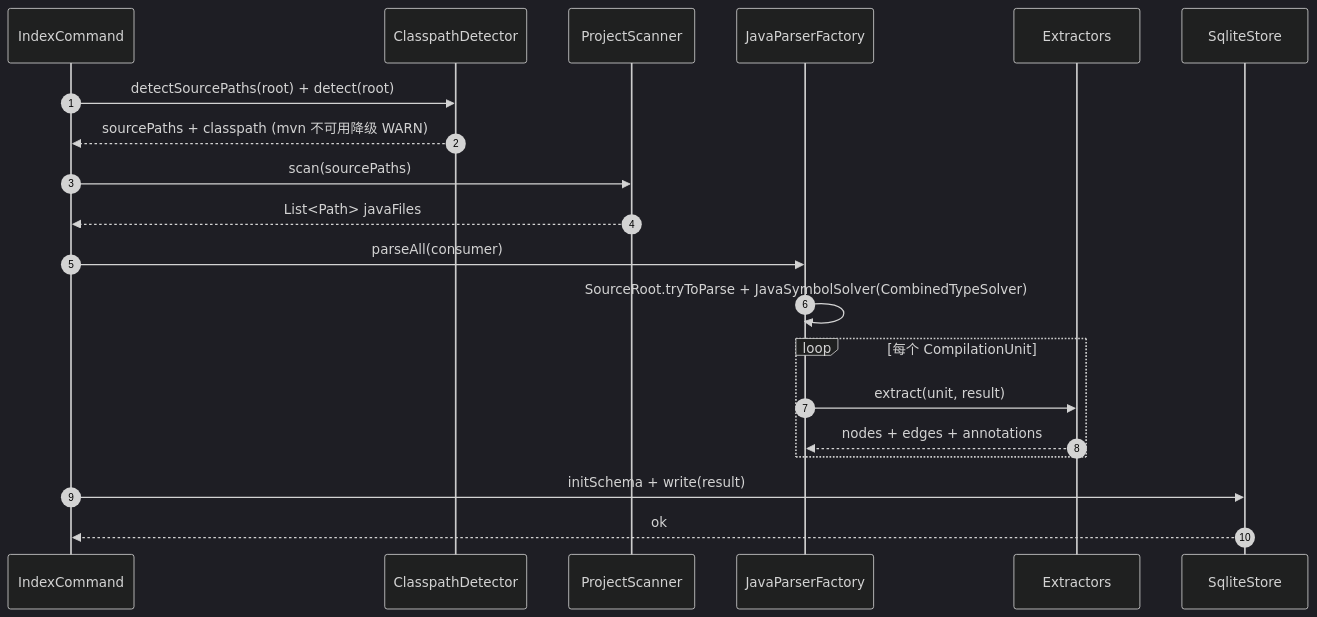
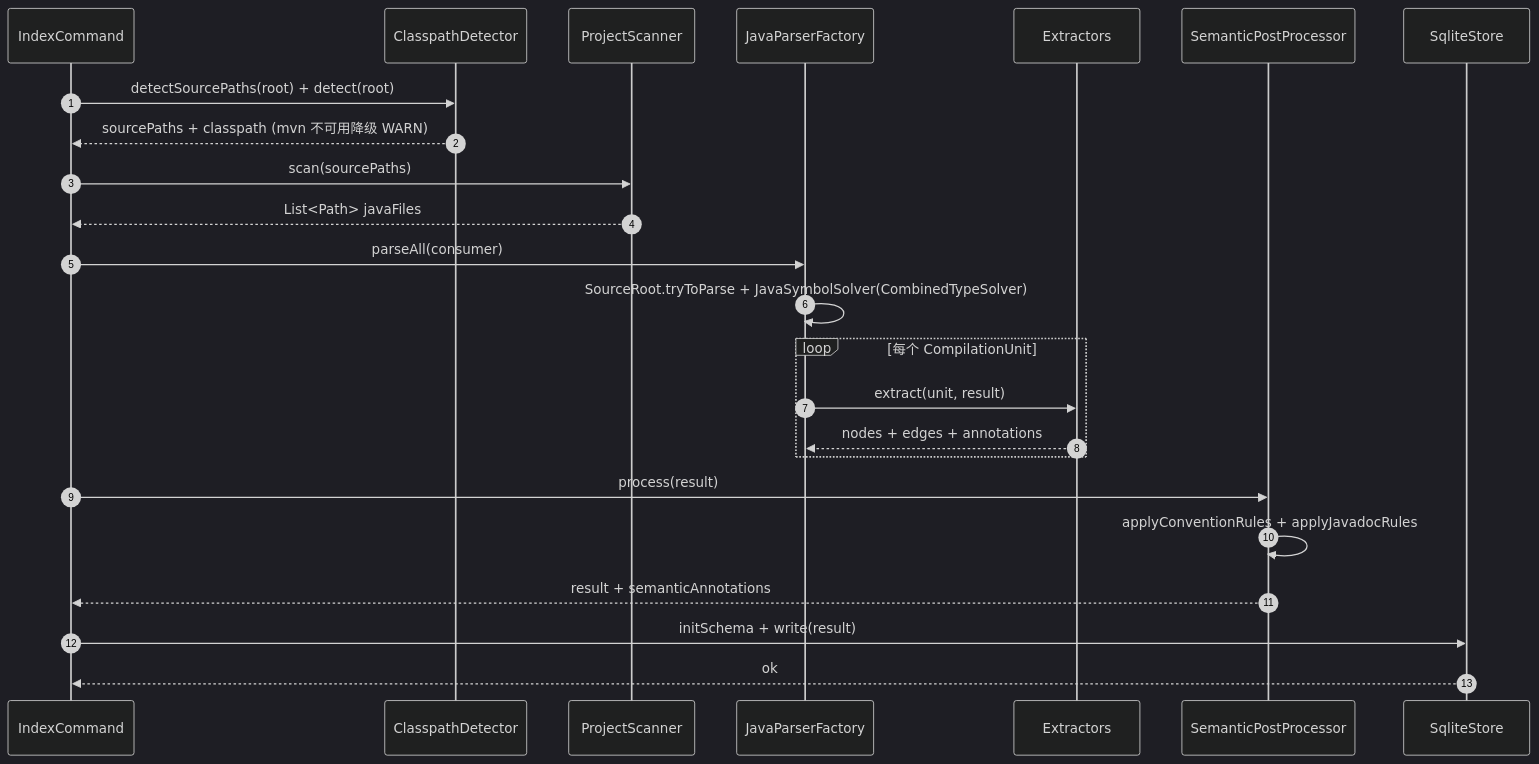
One commit to stream-iori/anatomist changed the second of 5 diagrams in .diorama/knowledge/facts/domain-model.md. Above: the diagram before and after it, drawn with Mermaid (dark theme). The commit also changed other lines of this file and 2 other files, not shown here.

First line of the commit message:
diorama(consolidate): finish consolidate 20260531-001-phase2-semantic-and-docs

````diff
--- a/.diorama/knowledge/facts/domain-model.md
+++ b/.diorama/knowledge/facts/domain-model.md
@@ -106,23 +134,27 @@
 ```mermaid
 sequenceDiagram
     autonumber
     participant CLI as IndexCommand
     participant CD as ClasspathDetector
     participant PS as ProjectScanner
     participant JF as JavaParserFactory
     participant Ext as Extractors
+    participant PP as SemanticPostProcessor
     participant SS as SqliteStore
 
     CLI->>CD: detectSourcePaths(root) + detect(root)
     CD-->>CLI: sourcePaths + classpath (mvn 不可用降级 WARN)
     CLI->>PS: scan(sourcePaths)
     PS-->>CLI: List<Path> javaFiles
     CLI->>JF: parseAll(consumer)
     JF->>JF: SourceRoot.tryToParse + JavaSymbolSolver(CombinedTypeSolver)
     loop 每个 CompilationUnit
         JF->>Ext: extract(unit, result)
         Ext-->>JF: nodes + edges + annotations
     end
+    CLI->>PP: process(result)
+    PP->>PP: applyConventionRules + applyJavadocRules
+    PP-->>CLI: result + semanticAnnotations
     CLI->>SS: initSchema + write(result)
     SS-->>CLI: ok
 ```
````
